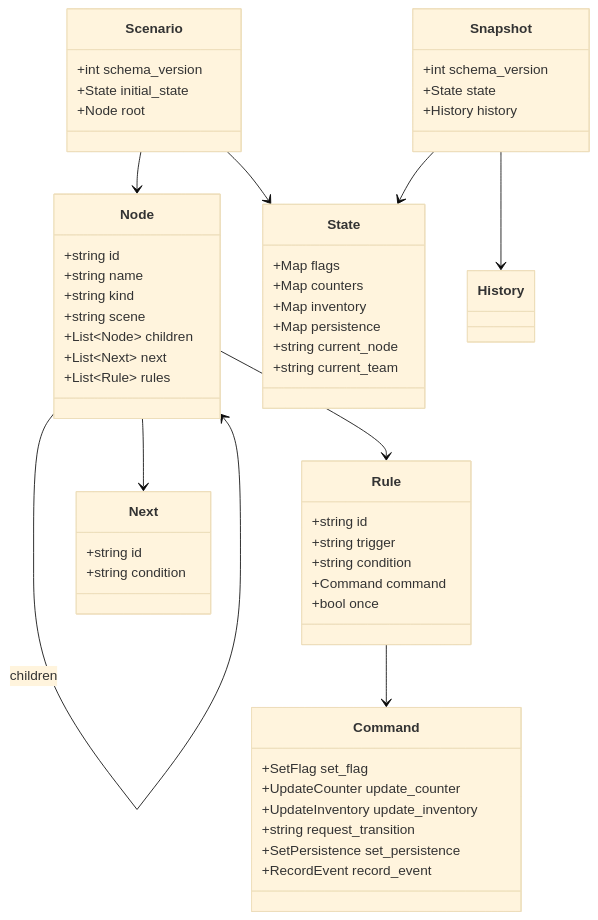
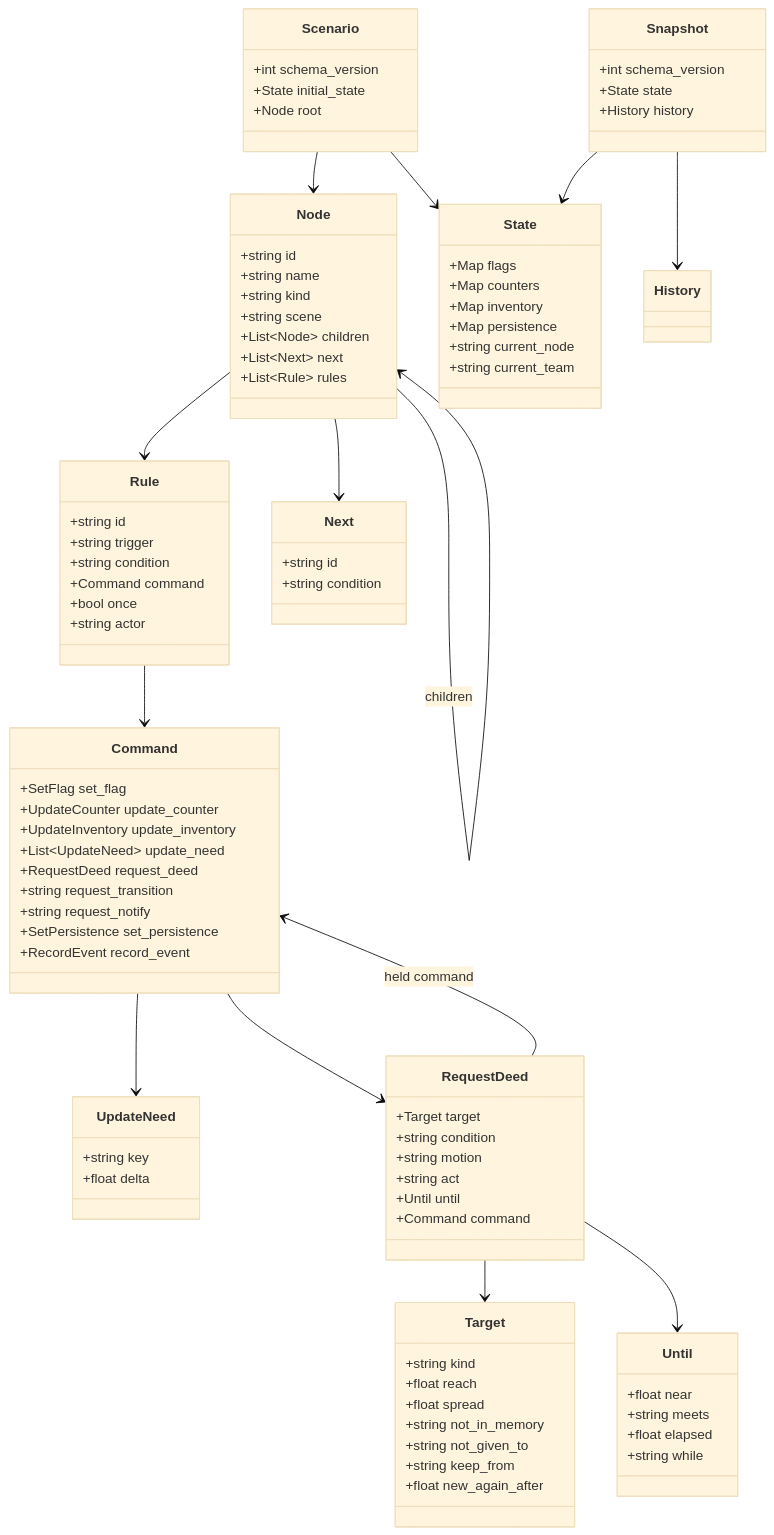
Before and after one commit to hiroxpepe/germio: the sixth of 7 diagrams in README.md, drawn with Mermaid (base theme). The commit also changed other lines of this file and 5 other files, not shown here.

````diff
--- a/README.md
+++ b/README.md
@@ -195,14 +199,45 @@
         +string condition
         +Command command
         +bool once
+        +string actor
     }
     class Command {
         +SetFlag set_flag
         +UpdateCounter update_counter
         +UpdateInventory update_inventory
+        +List~UpdateNeed~ update_need
+        +RequestDeed request_deed
         +string request_transition
+        +string request_notify
         +SetPersistence set_persistence
         +RecordEvent record_event
+    }
+    class UpdateNeed {
+        +string key
+        +float delta
+    }
+    class RequestDeed {
+        +Target target
+        +string condition
+        +string motion
+        +string act
+        +Until until
+        +Command command
+    }
+    class Target {
+        +string kind
+        +float reach
+        +float spread
+        +string not_in_memory
+        +string not_given_to
+        +string keep_from
+        +float new_again_after
+    }
+    class Until {
+        +float near
+        +string meets
+        +float elapsed
+        +string while
     }
     class Next {
         +string id
@@ -220,6 +255,11 @@
     Node --> Next
     Node --> Rule
     Rule --> Command
+    Command --> UpdateNeed
+    Command --> RequestDeed
+    RequestDeed --> Target
+    RequestDeed --> Until
+    RequestDeed --> Command : held command
     Snapshot --> State
     Snapshot --> History
 ```
````
